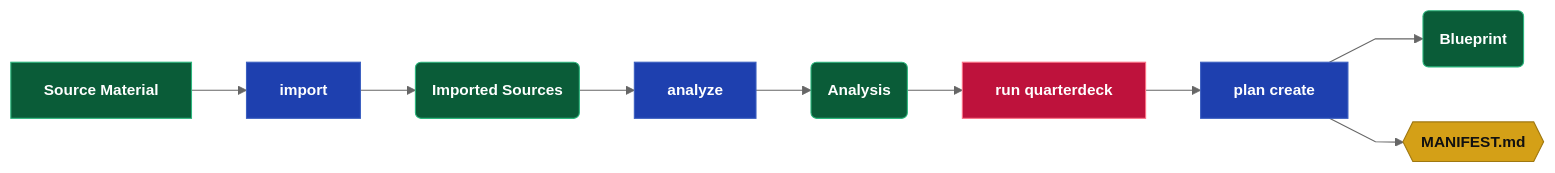
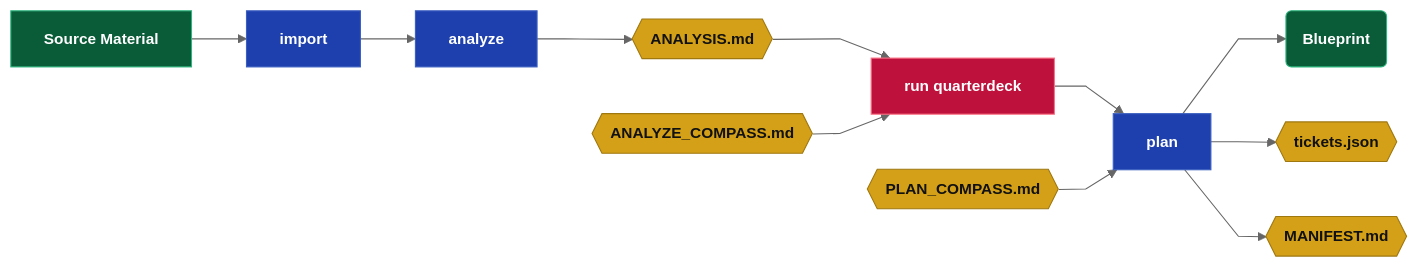
Before and after one commit to webcloudstudio/webcloudstudio: the third of 8 diagrams in public/project-docs/drydock/Drydock_Specification.md, drawn with Mermaid. The commit also changed other lines of this file and 20 other files, not shown here.

````diff
--- a/public/project-docs/drydock/Drydock_Specification.md
+++ b/public/project-docs/drydock/Drydock_Specification.md
@@ -184,19 +194,21 @@
 ```mermaid
 %%{init: {'theme': 'neutral', 'flowchart': {'curve': 'linear'}, 'themeVariables': {'fontSize': '14px'}}}%%
 flowchart LR
   classDef dir    fill:#0a5c38,stroke:#2cb67d,color:#fff,font-weight:bold
   classDef md     fill:#d4a017,stroke:#a07810,color:#111,font-weight:bold
   classDef script fill:#1e40af,stroke:#3b5fc0,color:#fff,font-weight:bold
   classDef prompt fill:#c2410c,stroke:#ea580c,color:#fff,font-weight:bold
   classDef output fill:#6d28d9,stroke:#8b5cf6,color:#fff,font-weight:bold
   classDef web    fill:#be123c,stroke:#fb7185,color:#fff,font-weight:bold
 
   SRC["Source Material"]:::dir --> IMPORT["import"]:::script
-  IMPORT --> SOURCES("Imported Sources"):::dir
-  SOURCES --> ANALYZE["analyze"]:::script
-  ANALYZE --> ANALYSIS("Analysis"):::dir
+  IMPORT --> ANALYZE["analyze"]:::script
+  ANALYZE --> ANALYSIS{{"ANALYSIS.md"}}:::md
   ANALYSIS --> QUARTERDECK["run quarterdeck"]:::web
-  QUARTERDECK --> PLANCREATE["plan create"]:::script
+  ACOMPASS{{"ANALYZE_COMPASS.md"}}:::md --> QUARTERDECK
+  QUARTERDECK --> PLANCREATE["plan"]:::script
+  PCOMPASS{{"PLAN_COMPASS.md"}}:::md --> PLANCREATE
   PLANCREATE --> BLUEPRINT("Blueprint"):::dir
+  PLANCREATE --> BCOMPASS{{"tickets.json"}}:::md
   PLANCREATE --> MANIFEST{{"MANIFEST.md"}}:::md
 ```
````
